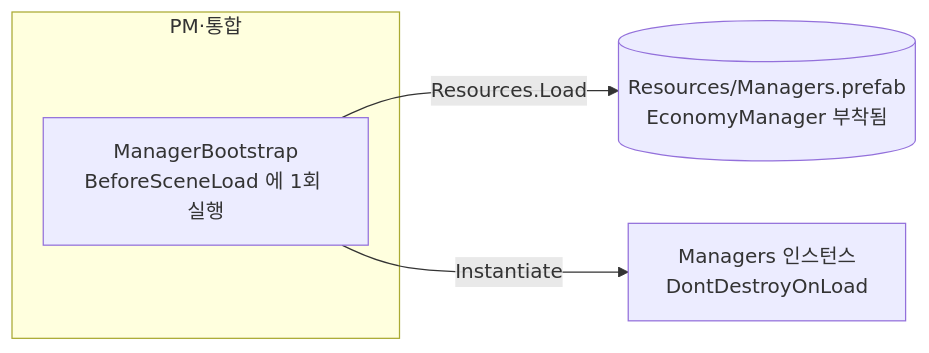
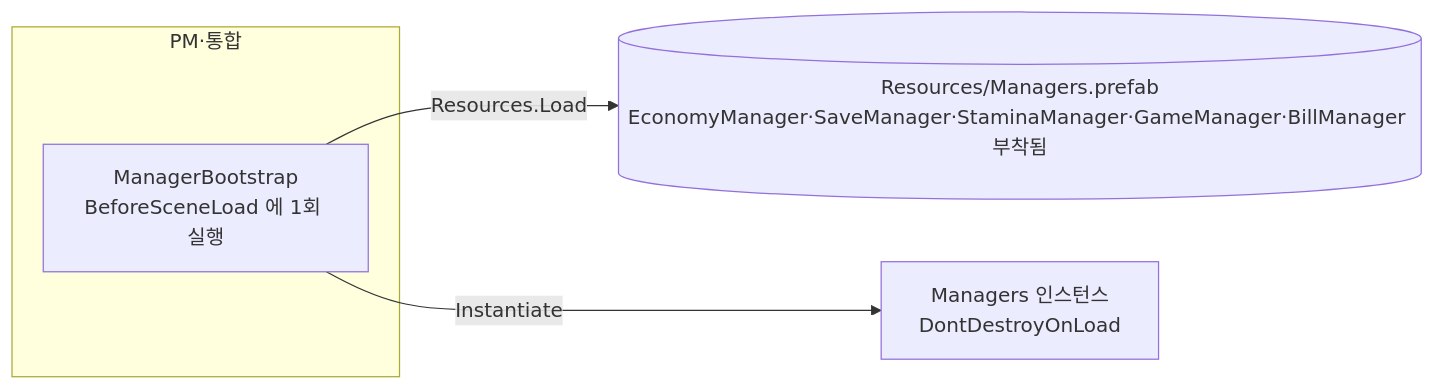
Before and after one commit to KDNA-Gwangju-1/NCAIClicker: the diagram in docs/TECH_NOTES/manager-bootstrap.md, drawn with Mermaid. The commit also changed other lines of this file and 1 other file, not shown here.

````diff
--- a/docs/TECH_NOTES/manager-bootstrap.md
+++ b/docs/TECH_NOTES/manager-bootstrap.md
@@ -21,10 +21,10 @@
 ```mermaid
 flowchart LR
   subgraph PM["PM·통합"]
     boot[ManagerBootstrap<br/>BeforeSceneLoad 에 1회 실행]
   end
-  prefab[(Resources/Managers.prefab<br/>EconomyManager 부착됨)]
+  prefab[(Resources/Managers.prefab<br/>EconomyManager·SaveManager·StaminaManager·GameManager·BillManager 부착됨)]
   inst[Managers 인스턴스<br/>DontDestroyOnLoad]
   boot -- "Resources.Load" --> prefab
   boot -- "Instantiate" --> inst
 ```
````
